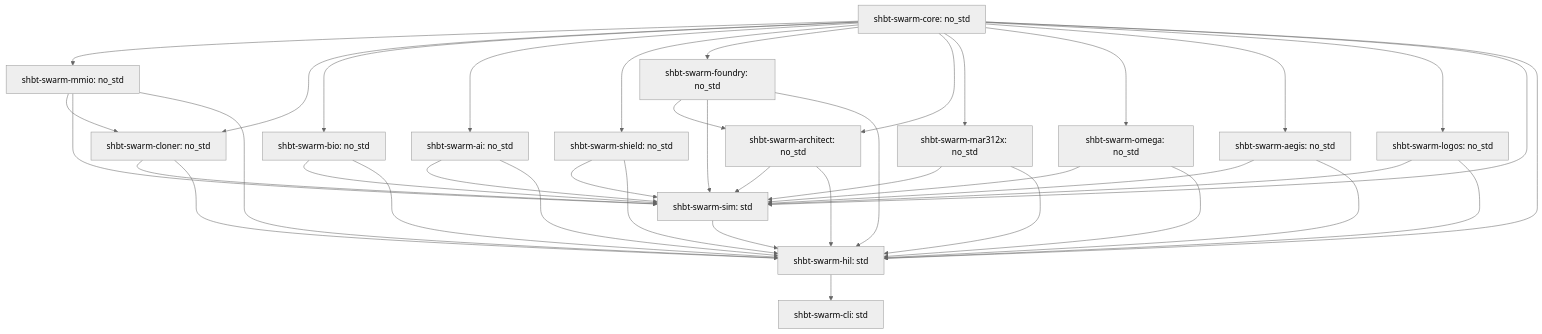
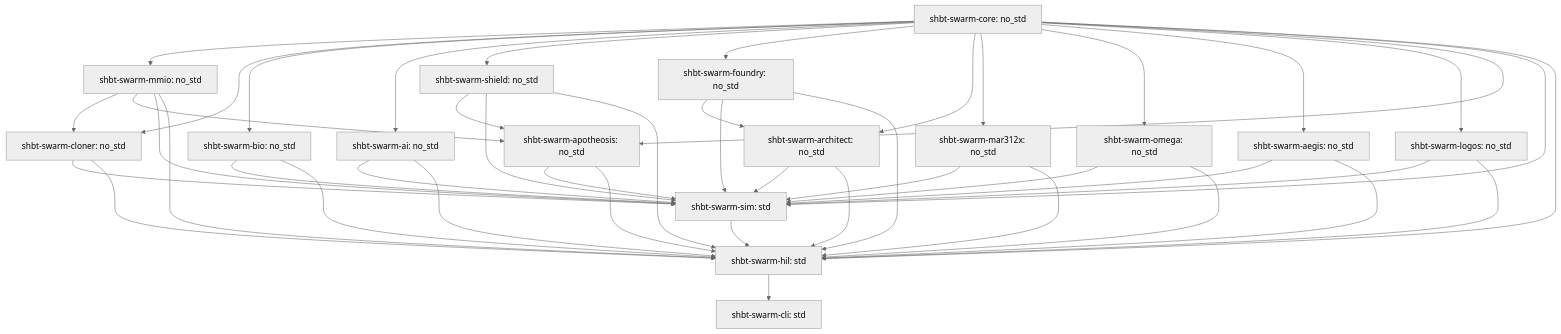
One commit to sys1own/shbt-swarm changed the diagram in README.md. Above: the diagram before and after it, drawn with Mermaid (neutral theme). The commit also changed other lines of this file and 27 other files, not shown here.

````diff
--- a/README.md
+++ b/README.md
@@ -587,42 +693,47 @@
 ```mermaid
 graph TD
     core[shbt-swarm-core: no_std] --> mmio[shbt-swarm-mmio: no_std]
     core --> cloner[shbt-swarm-cloner: no_std]
     mmio --> cloner
     core --> bio[shbt-swarm-bio: no_std]
     core --> ai[shbt-swarm-ai: no_std]
     core --> shield[shbt-swarm-shield: no_std]
     core --> foundry[shbt-swarm-foundry: no_std]
     core --> architect[shbt-swarm-architect: no_std]
     foundry --> architect
     core --> mar312x[shbt-swarm-mar312x: no_std]
     core --> omega[shbt-swarm-omega: no_std]
     core --> aegis[shbt-swarm-aegis: no_std]
     core --> logos[shbt-swarm-logos: no_std]
+    core --> apoth[shbt-swarm-apotheosis: no_std]
+    mmio --> apoth
+    shield --> apoth
     omega --> sim[shbt-swarm-sim: std]
     aegis --> sim
     logos --> sim
+    apoth --> sim
     core --> sim
     mmio --> sim
     cloner --> sim
     bio --> sim
     ai --> sim
     shield --> sim
     foundry --> sim
     architect --> sim
     mar312x --> sim
     core --> hil[shbt-swarm-hil: std]
     mmio --> hil
     cloner --> hil
     bio --> hil
     ai --> hil
     shield --> hil
     foundry --> hil
     architect --> hil
     mar312x --> hil
     omega --> hil
     aegis --> hil
     logos --> hil
+    apoth --> hil
     sim --> hil
     hil --> cli[shbt-swarm-cli: std]
 ```
````
